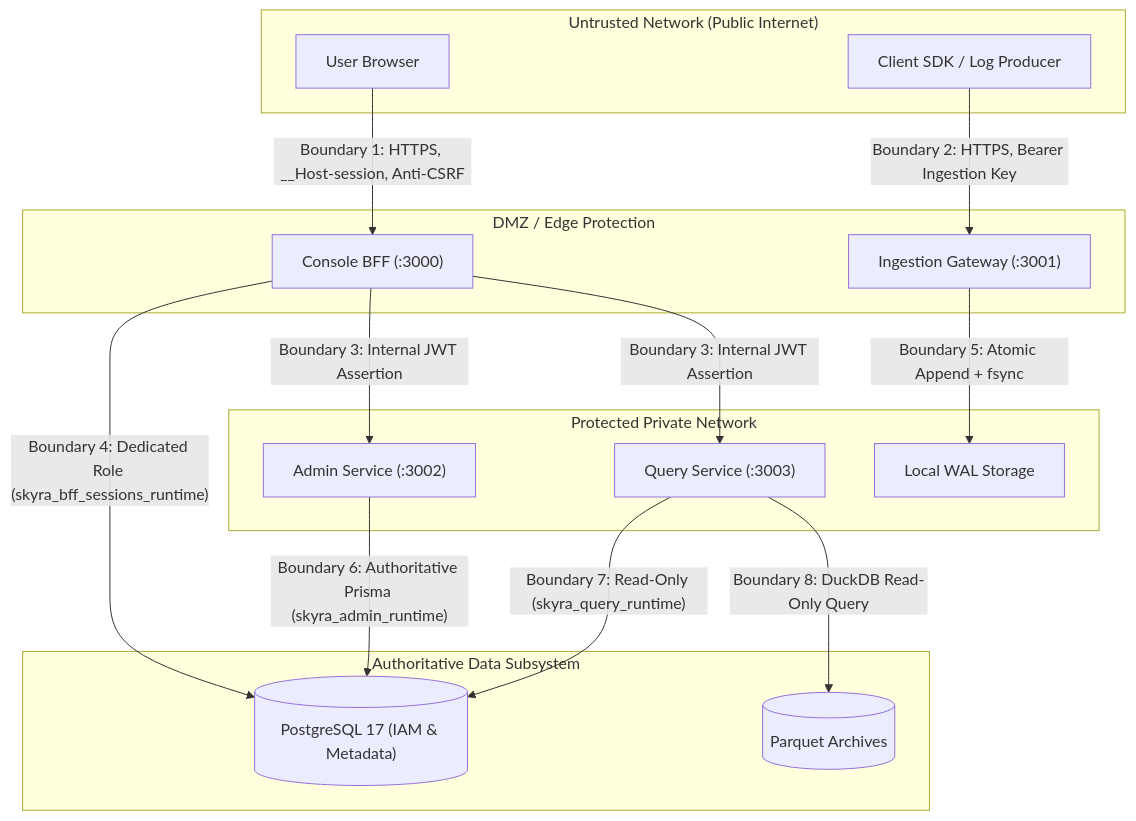
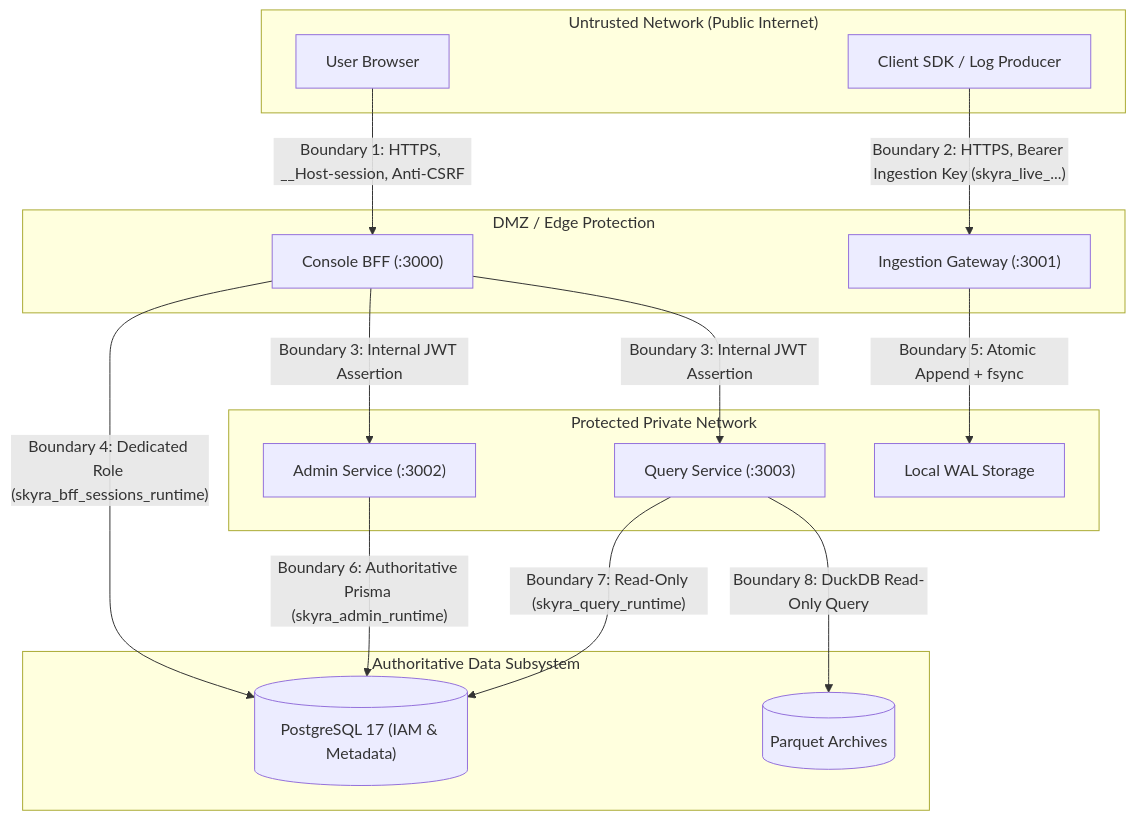
Before and after one commit to SkyraTech/skyra-log-hub: the diagram in docs/05-SECURITY-ARCHITECTURE.md, drawn with Mermaid. The commit also changed other lines of this file and 7 other files, not shown here.

````diff
--- a/docs/05-SECURITY-ARCHITECTURE.md
+++ b/docs/05-SECURITY-ARCHITECTURE.md
@@ -14,33 +14,33 @@
 ```mermaid
 flowchart TD
     subgraph UntrustedZone["Untrusted Network (Public Internet)"]
         Browser["User Browser"]
         LogShipper["Client SDK / Log Producer"]
     end
 
     subgraph Perimeter["DMZ / Edge Protection"]
         BFF["Console BFF (:3000)"]
         GW["Ingestion Gateway (:3001)"]
     end
 
     subgraph InternalZone["Protected Private Network"]
         Admin["Admin Service (:3002)"]
         Query["Query Service (:3003)"]
         WAL["Local WAL Storage"]
     end
 
     subgraph SecureData["Authoritative Data Subsystem"]
         PG[("PostgreSQL 17 (IAM & Metadata)")]
         Parquet[("Parquet Archives")]
     end
 
     Browser -->|"Boundary 1: HTTPS, __Host-session, Anti-CSRF"| BFF
-    LogShipper -->|"Boundary 2: HTTPS, Bearer Ingestion Key"| GW
+    LogShipper -->|"Boundary 2: HTTPS, Bearer Ingestion Key (skyra_live_...)"| GW
     BFF -->|"Boundary 3: Internal JWT Assertion"| Admin
     BFF -->|"Boundary 3: Internal JWT Assertion"| Query
     BFF -->|"Boundary 4: Dedicated Role (skyra_bff_sessions_runtime)"| PG
     GW -->|"Boundary 5: Atomic Append + fsync"| WAL
     Admin -->|"Boundary 6: Authoritative Prisma (skyra_admin_runtime)"| PG
     Query -->|"Boundary 7: Read-Only (skyra_query_runtime)"| PG
     Query -->|"Boundary 8: DuckDB Read-Only Query"| Parquet
 ```
````
